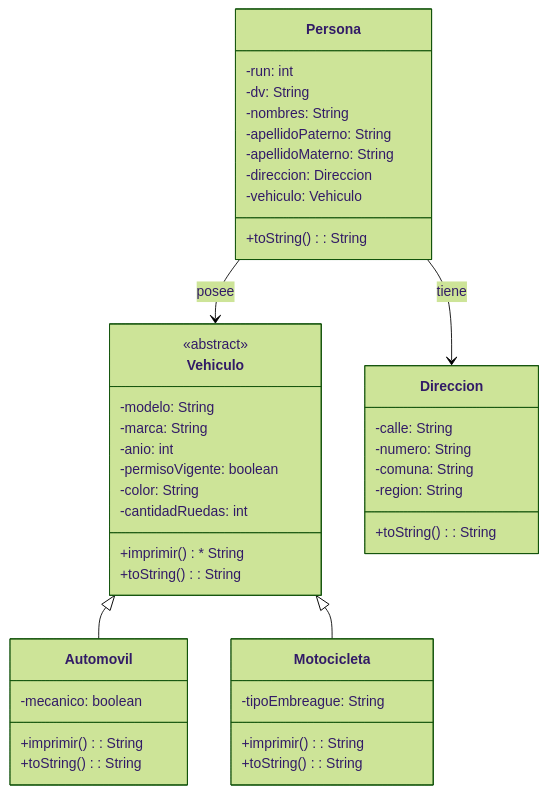
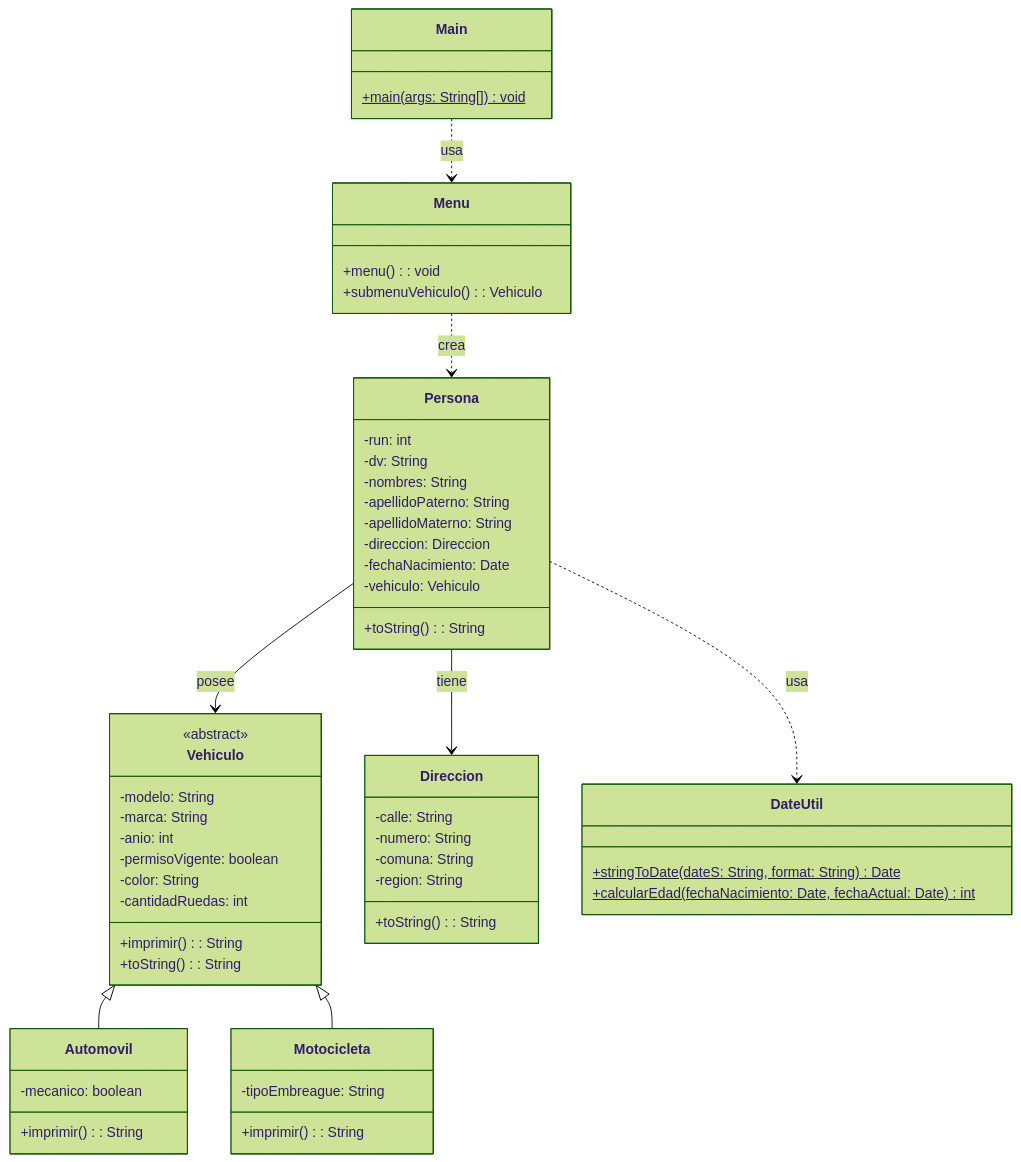
The diagram in 09/README.md (elprofecarreno/poo-fundaments), drawn with Mermaid (forest theme) before and after one commit. The commit also changed other lines of this file and 8 other files, not shown here.

````diff
--- a/09/README.md
+++ b/09/README.md
@@ -11,50 +11,66 @@
 ```mermaid
 classDiagram
+    class Main {
+        +main(args: String[])$ void
+    }
+
+    class Menu {
+        +menu(): void
+        +submenuVehiculo(): Vehiculo
+    }
+
     class Vehiculo {
         <<abstract>>
         -modelo: String
         -marca: String
         -anio: int
         -permisoVigente: boolean
         -color: String
         -cantidadRuedas: int
-        +imprimir() * String
+        +imprimir(): String
         +toString(): String
     }
 
     class Automovil {
         -mecanico: boolean
         +imprimir(): String
-        +toString(): String
     }
 
     class Motocicleta {
         -tipoEmbreague: String
         +imprimir(): String
-        +toString(): String
     }
 
     class Persona {
         -run: int
         -dv: String
         -nombres: String
         -apellidoPaterno: String
         -apellidoMaterno: String
         -direccion: Direccion
+        -fechaNacimiento: Date
         -vehiculo: Vehiculo
         +toString(): String
     }
 
     class Direccion {
         -calle: String
         -numero: String
         -comuna: String
         -region: String
         +toString(): String
     }
 
+    class DateUtil {
+        +stringToDate(dateS: String, format: String)$ Date
+        +calcularEdad(fechaNacimiento: Date, fechaActual: Date)$ int
+    }
+
     Vehiculo <|-- Automovil
     Vehiculo <|-- Motocicleta
     Persona --> Direccion : tiene
     Persona --> Vehiculo : posee
+    Main ..> Menu : usa
+    Menu ..> Persona : crea
+    Persona ..> DateUtil : usa
 ```
````
